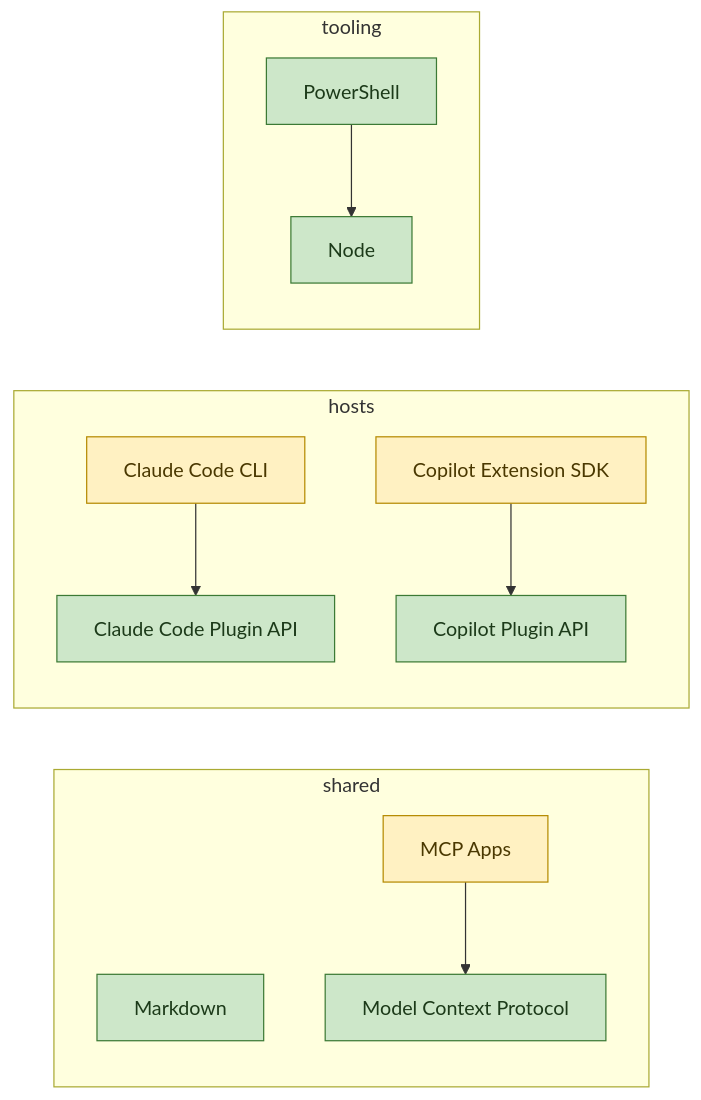
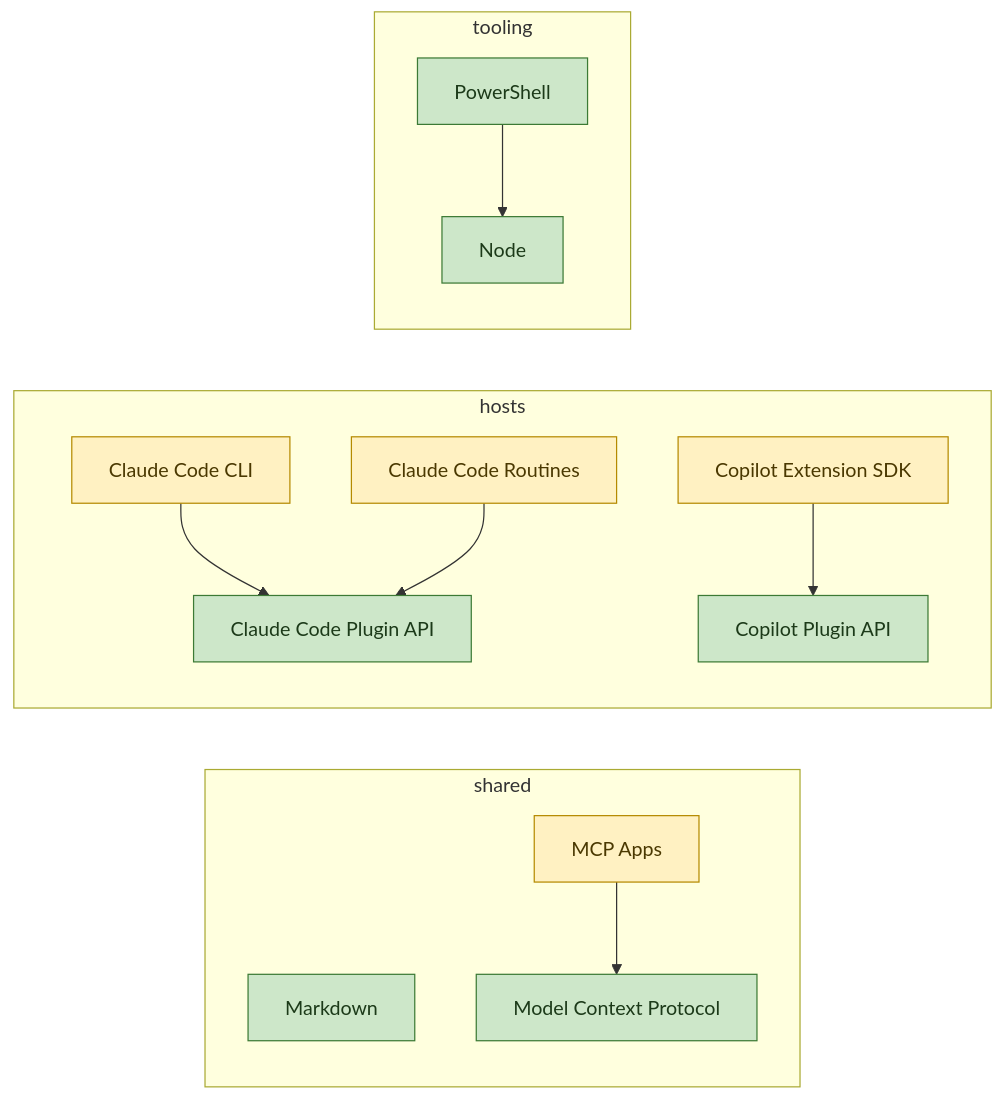
One commit to JSdotNet/ai-agent-stack changed the diagram in .devbook/tech/technology-graph.md. Above: the diagram before and after it, drawn with Mermaid. The commit also changed other lines of this file, not shown here.

First line of the commit message:
Put Claude Code Routines in the technology graph

````diff
--- a/.devbook/tech/technology-graph.md
+++ b/.devbook/tech/technology-graph.md
@@ -28,26 +28,28 @@
 ```mermaid
 graph LR
   subgraph shared
     markdown[Markdown]
     mcp[Model Context Protocol]
     mcpApps[MCP Apps]
   end
   subgraph hosts
     claudeApi[Claude Code Plugin API]
     claudeCli[Claude Code CLI]
     copilotApi[Copilot Plugin API]
     copilotSdk[Copilot Extension SDK]
+    routines[Claude Code Routines]
   end
   subgraph tooling
     node[Node]
     pwsh[PowerShell]
   end
   mcpApps --> mcp
   claudeCli --> claudeApi
+  routines --> claudeApi
   copilotSdk --> copilotApi
   pwsh --> node
   classDef adopted fill:#cde7c9,stroke:#3c7a35,color:#1c3a19;
   classDef trial fill:#fff1c2,stroke:#b58a00,color:#4a3800;
   class markdown,mcp,claudeApi,copilotApi,node,pwsh adopted;
-  class mcpApps,claudeCli,copilotSdk trial;
+  class mcpApps,claudeCli,copilotSdk,routines trial;
 ```
````
